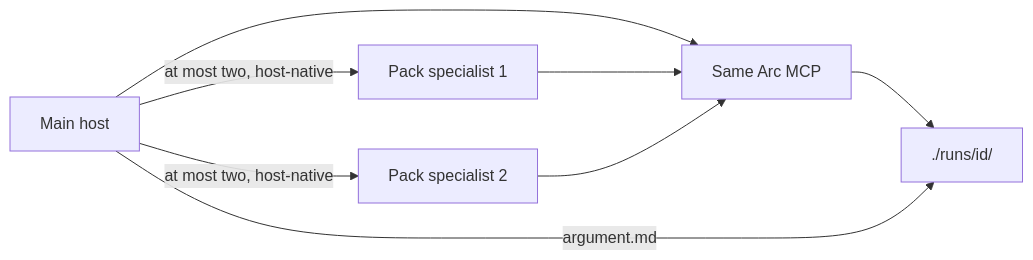
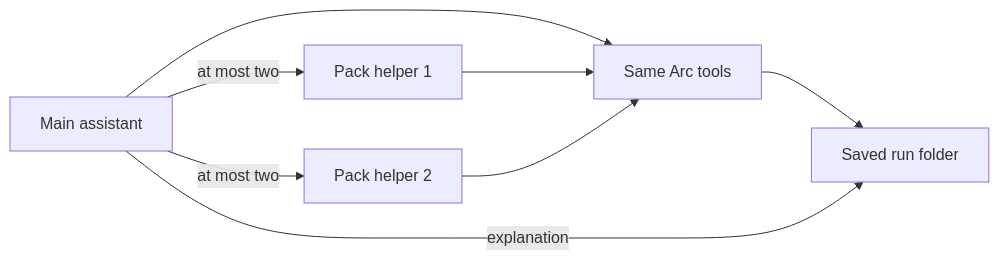
The fifth of 6 diagrams in docs/ON_THE_HARNESS.md (Vinayak-RZ/ARC), drawn with Mermaid before and after one commit. The commit also changed other lines of this file and 9 other files, not shown here.

````diff
--- a/docs/ON_THE_HARNESS.md
+++ b/docs/ON_THE_HARNESS.md
@@ -160,15 +238,15 @@
 ```mermaid
 flowchart LR
-  Main["Main host"]
-  S1["Pack specialist 1"]
-  S2["Pack specialist 2"]
-  MCP["Same Arc MCP"]
-  Run["./runs/id/"]
-  Main -->|"at most two, host-native"| S1
-  Main -->|"at most two, host-native"| S2
-  Main --> MCP
-  S1 --> MCP
-  S2 --> MCP
-  MCP --> Run
-  Main -->|"argument.md"| Run
+  Main["Main assistant"]
+  S1["Pack helper 1"]
+  S2["Pack helper 2"]
+  Arc["Same Arc tools"]
+  Run["Saved run folder"]
+  Main -->|"at most two"| S1
+  Main -->|"at most two"| S2
+  Main --> Arc
+  S1 --> Arc
+  S2 --> Arc
+  Arc --> Run
+  Main -->|"explanation"| Run
 ```
````
